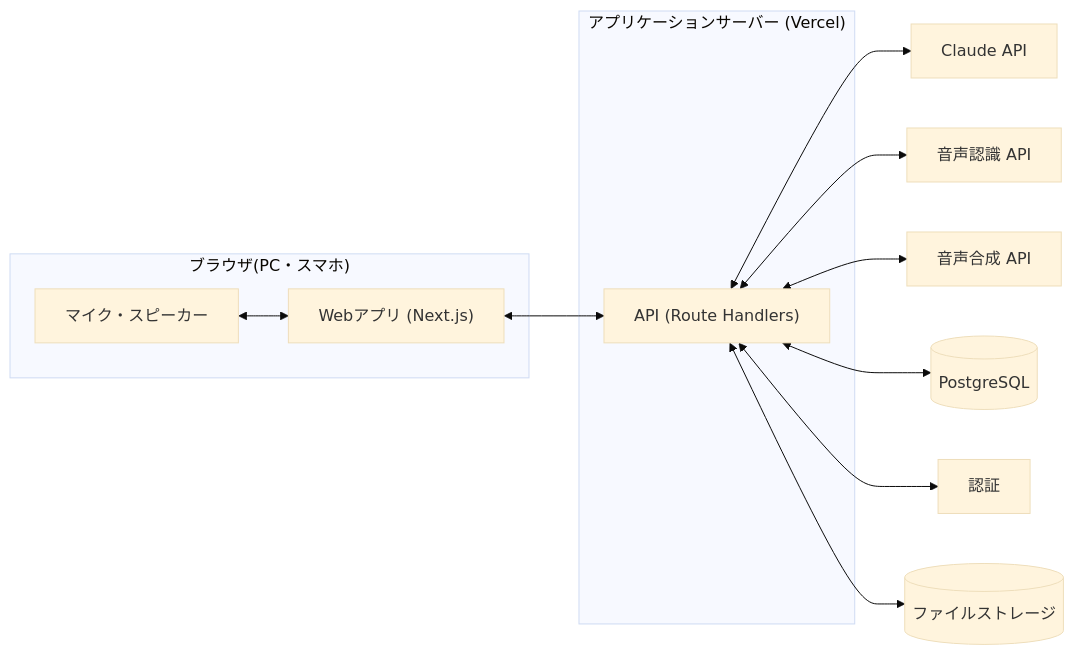
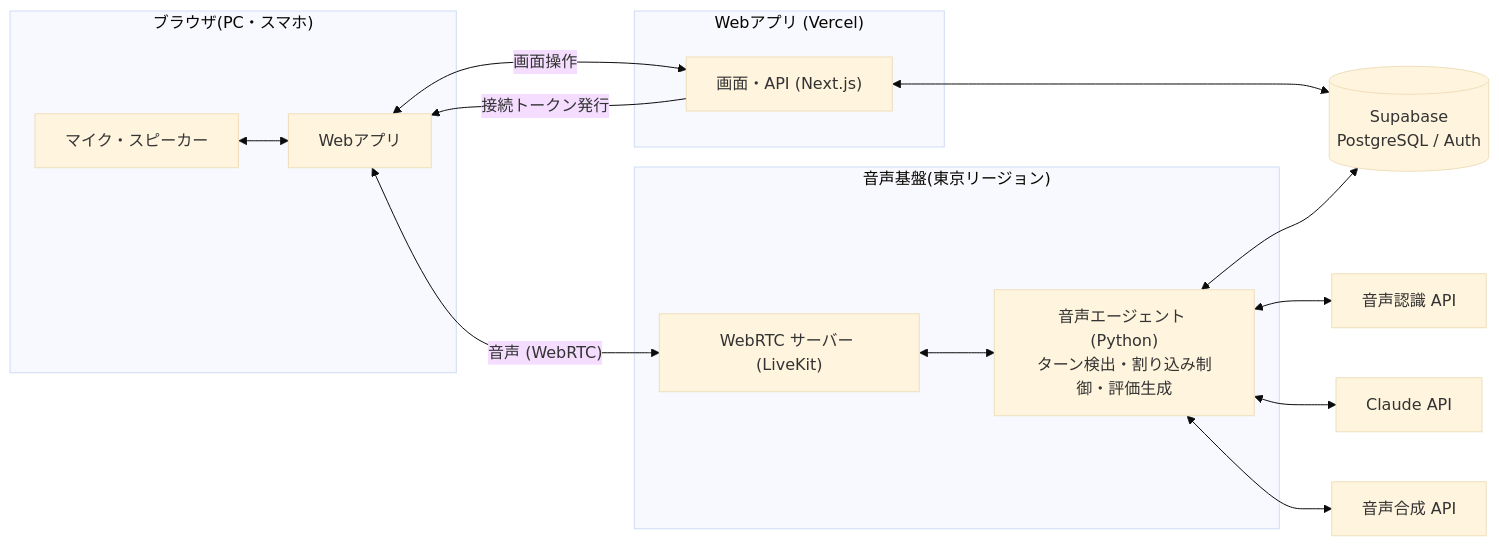
Before and after one commit to tarokuma555-maker/AI-interview-pj: the fifth of 5 diagrams in docs/requirements.md, drawn with Mermaid (base theme). The commit also changed other lines of this file and 1 other file, not shown here.

````diff
--- a/docs/requirements.md
+++ b/docs/requirements.md
@@ -497,18 +612,24 @@
 ```mermaid
 flowchart LR
     subgraph Client["ブラウザ(PC・スマホ)"]
-        UI["Webアプリ (Next.js)"]
+        UI["Webアプリ"]
         MIC["マイク・スピーカー"]
     end
-    subgraph Server["アプリケーションサーバー (Vercel)"]
-        API["API (Route Handlers)"]
+    subgraph Web["Webアプリ (Vercel)"]
+        API["画面・API (Next.js)"]
+    end
+    subgraph Voice["音声基盤(東京リージョン)"]
+        RTC["WebRTC サーバー (LiveKit)"]
+        AGENT["音声エージェント (Python)<br/>ターン検出・割り込み制御・評価生成"]
     end
     MIC <--> UI
-    UI <--> API
-    API <--> LLM["Claude API"]
-    API <--> STT["音声認識 API"]
-    API <--> TTS["音声合成 API"]
-    API <--> DB[("PostgreSQL")]
-    API <--> AUTH["認証"]
-    API <--> STORAGE[("ファイルストレージ")]
+    UI <-->|"画面操作"| API
+    API -->|"接続トークン発行"| UI
+    UI <-->|"音声 (WebRTC)"| RTC
+    RTC <--> AGENT
+    AGENT <--> STT["音声認識 API"]
+    AGENT <--> LLM["Claude API"]
+    AGENT <--> TTS["音声合成 API"]
+    API <--> DB[("Supabase<br/>PostgreSQL / Auth")]
+    AGENT <--> DB
 ```
````
